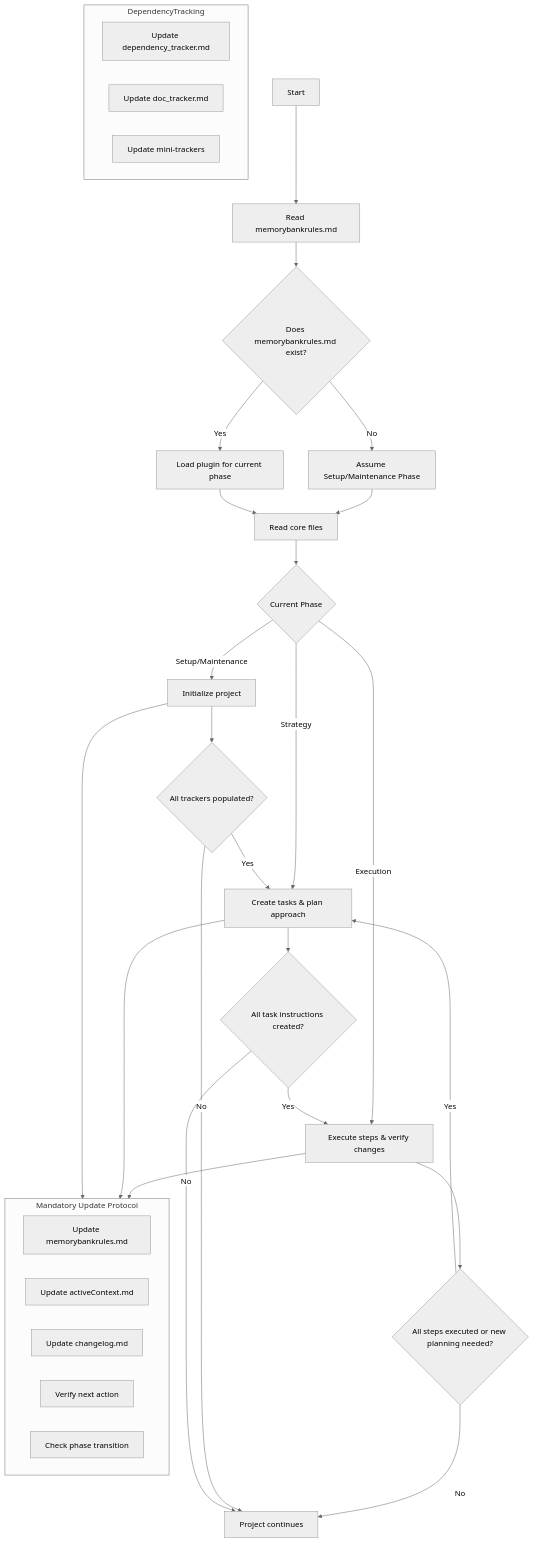
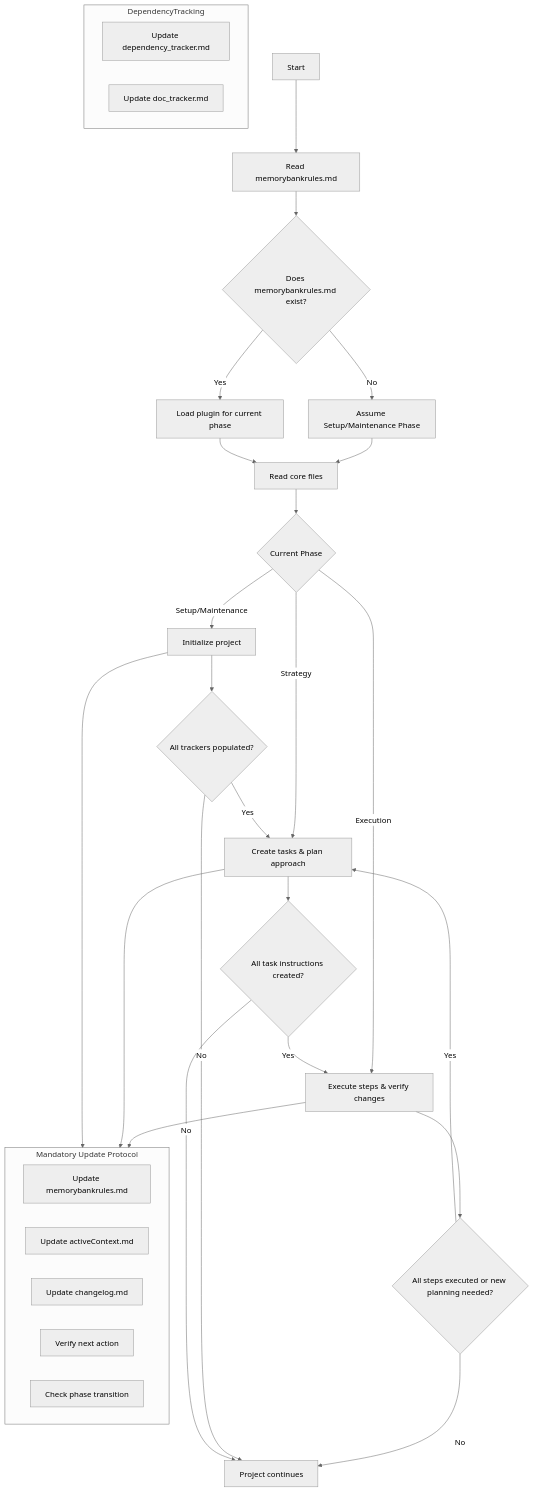
Before and after one commit to giuice/diagnosis-app: the diagram in memory-bank/plugins/core_system_prompt.md, drawn with Mermaid (neutral theme). The commit also changed other lines of this file and 12 other files, not shown here.

````diff
--- a/memory-bank/plugins/core_system_prompt.md
+++ b/memory-bank/plugins/core_system_prompt.md
@@ -5,43 +5,42 @@
 ```mermaid
 flowchart TD
     A[Start] --> B[Read memorybankrules.md]
     B --> C{Does memorybankrules.md exist?}
     C -- No --> D[Assume Setup/Maintenance Phase]
     C -- Yes --> E[Load plugin for current phase]
     D --> F[Read core files]
     E --> F
     F --> G{Current Phase}
     
     G -- Setup/Maintenance --> H[Initialize project]
     G -- Strategy --> I[Create tasks & plan approach]
     G -- Execution --> J[Execute steps & verify changes]
     
     H --> K{All trackers populated?}
     K -- Yes --> I
     I --> L{All task instructions created?}
     L -- Yes --> J
     J --> M{All steps executed or new planning needed?}
     M -- Yes --> I
     M -- No --> N[Project continues]
     K -- No --> N
     L -- No --> N
     
     subgraph DependencyTracking
         O[Update dependency_tracker.md]
         P[Update doc_tracker.md]
-        Q[Update mini-trackers]
     end
     
     subgraph MUP[Mandatory Update Protocol]
-        R[Update memorybankrules.md]
-        S[Update activeContext.md]
-        T[Update changelog.md]
-        U[Verify next action]
-        V[Check phase transition]
+        Q[Update memorybankrules.md]
+        R[Update activeContext.md]
+        S[Update changelog.md]
+        T[Verify next action]
+        U[Check phase transition]
     end
     
     J --> MUP
     I --> MUP
     H --> MUP
     
 ```
````
